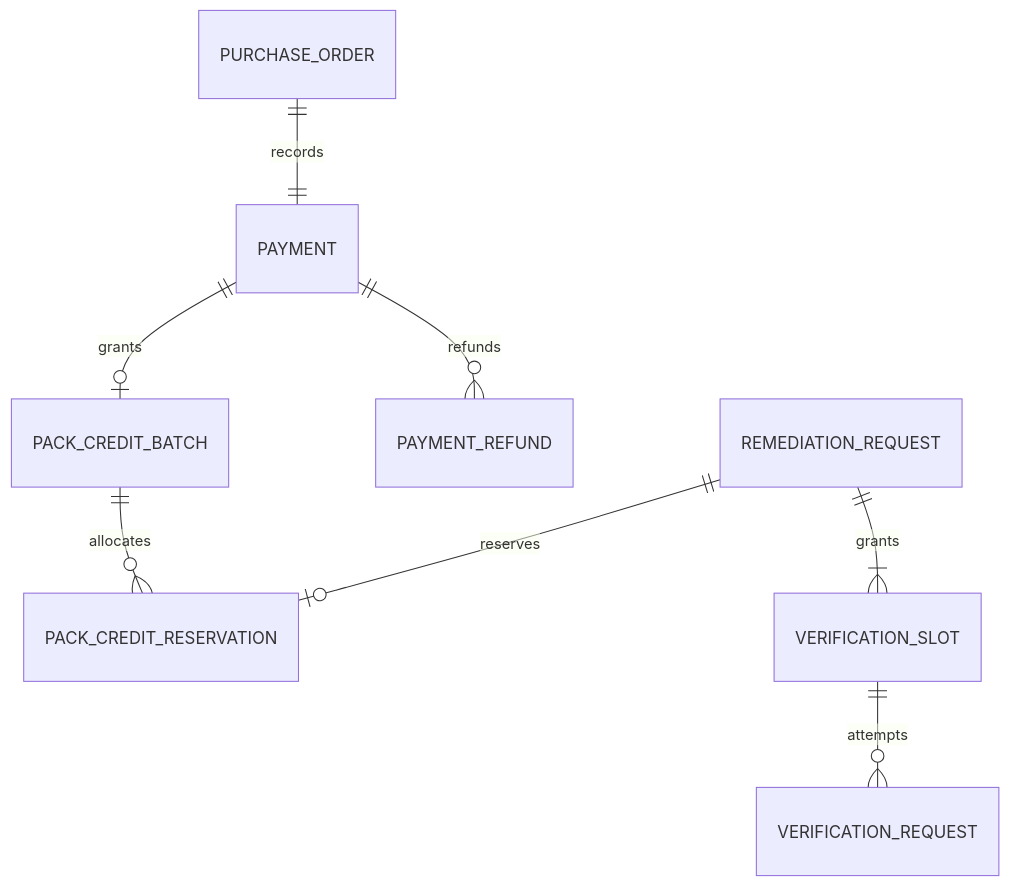
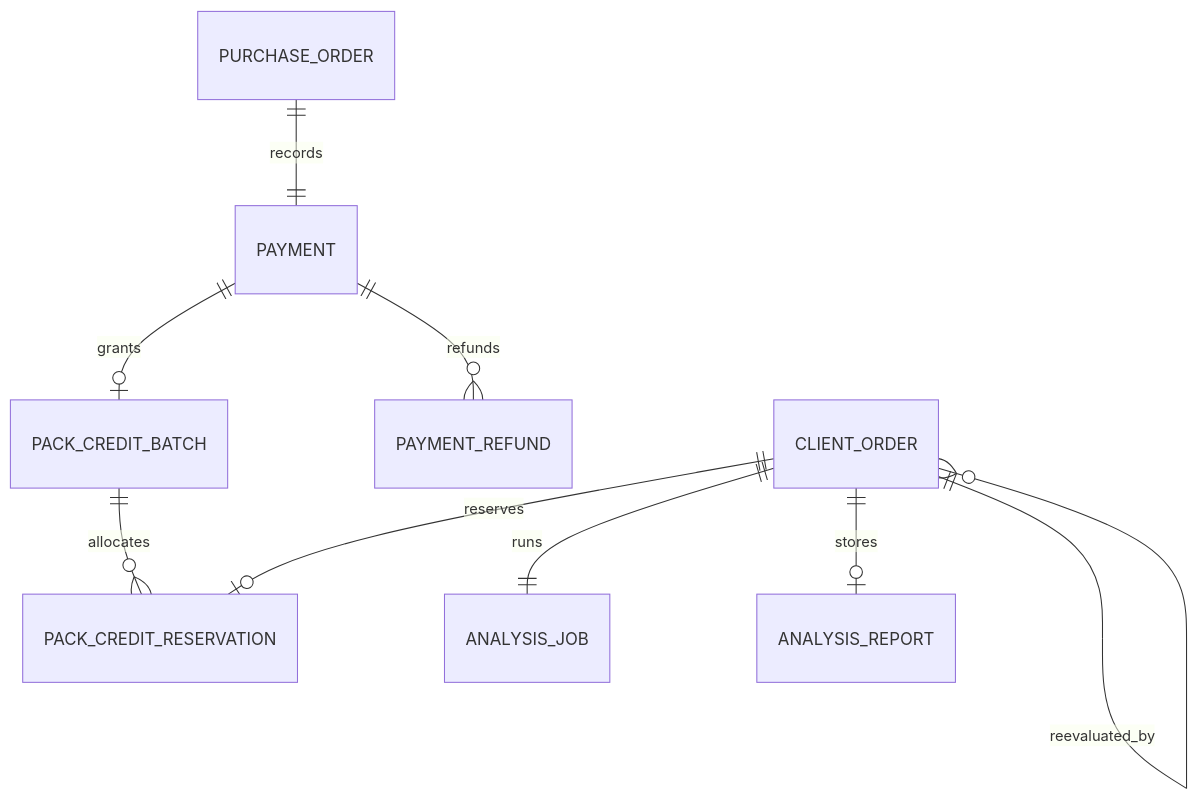
The second of 3 diagrams in docs/GEO_credit_payment_backend_spec.md (Virtual-Company-Mal-Geum/backend), drawn with Mermaid before and after one commit. The commit also changed other lines of this file and 4 other files, not shown here.

````diff
--- a/docs/GEO_credit_payment_backend_spec.md
+++ b/docs/GEO_credit_payment_backend_spec.md
@@ -703,10 +653,11 @@
 ```mermaid
 erDiagram
     PURCHASE_ORDER ||--|| PAYMENT : records
     PAYMENT ||--o| PACK_CREDIT_BATCH : grants
     PAYMENT ||--o{ PAYMENT_REFUND : refunds
     PACK_CREDIT_BATCH ||--o{ PACK_CREDIT_RESERVATION : allocates
-    REMEDIATION_REQUEST ||--o| PACK_CREDIT_RESERVATION : reserves
-    REMEDIATION_REQUEST ||--|{ VERIFICATION_SLOT : grants
-    VERIFICATION_SLOT ||--o{ VERIFICATION_REQUEST : attempts
+    CLIENT_ORDER ||--o| PACK_CREDIT_RESERVATION : reserves
+    CLIENT_ORDER ||--o{ CLIENT_ORDER : reevaluated_by
+    CLIENT_ORDER ||--|| ANALYSIS_JOB : runs
+    CLIENT_ORDER ||--o| ANALYSIS_REPORT : stores
 ```
````
